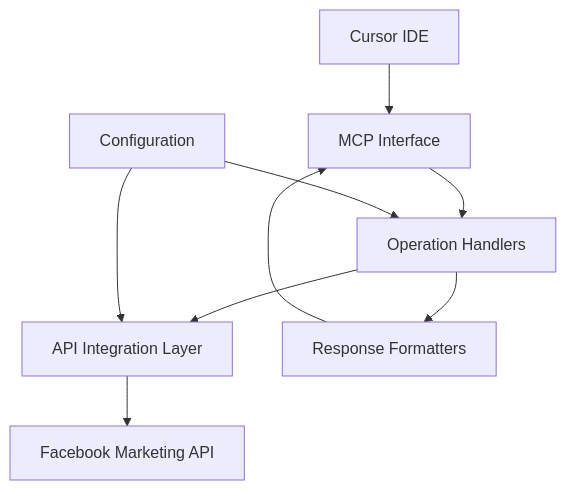
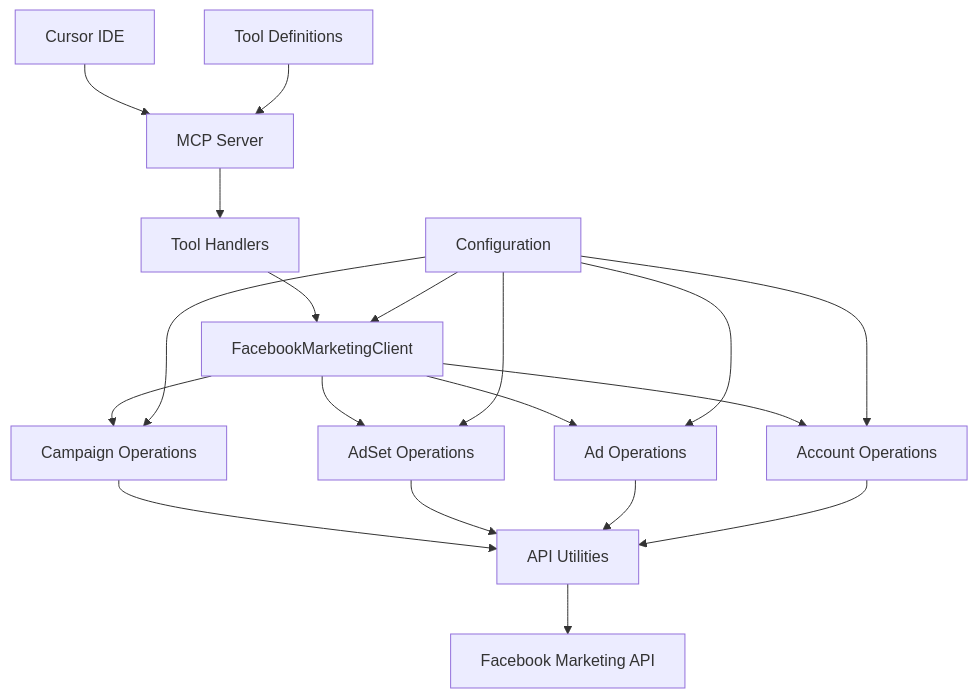
One commit to hafidsousa/meta-mcp changed the diagram in memory-bank/systemPatterns.md. Above: the diagram before and after it, drawn with Mermaid. The commit also changed other lines of this file and 25 other files, not shown here.

First line of the commit message:
feat: Update package dependencies and enhance Facebook Marketing API client

````diff
--- a/memory-bank/systemPatterns.md
+++ b/memory-bank/systemPatterns.md
@@ -27,11 +41,15 @@
 ```mermaid
 graph TD
-    A[Cursor IDE] --> B[MCP Interface]
-    B --> C[Operation Handlers]
-    C --> D[API Integration Layer]
-    D --> E[Facebook Marketing API]
-    F[Configuration] --> C
-    F --> D
-    G[Response Formatters] --> B
-    C --> G
+    A[Cursor IDE] --> B[MCP Server]
+    B --> C[Tool Handlers]
+    C --> D[FacebookMarketingClient]
+    D --> E[Campaign Operations]
+    D --> F[AdSet Operations]
+    D --> G[Ad Operations]
+    D --> H[Account Operations]
+    E & F & G & H --> I[API Utilities]
+    I --> J[Facebook Marketing API]
+    K[Configuration] --> D
+    K --> E & F & G & H
+    L[Tool Definitions] --> B
 ```
````
